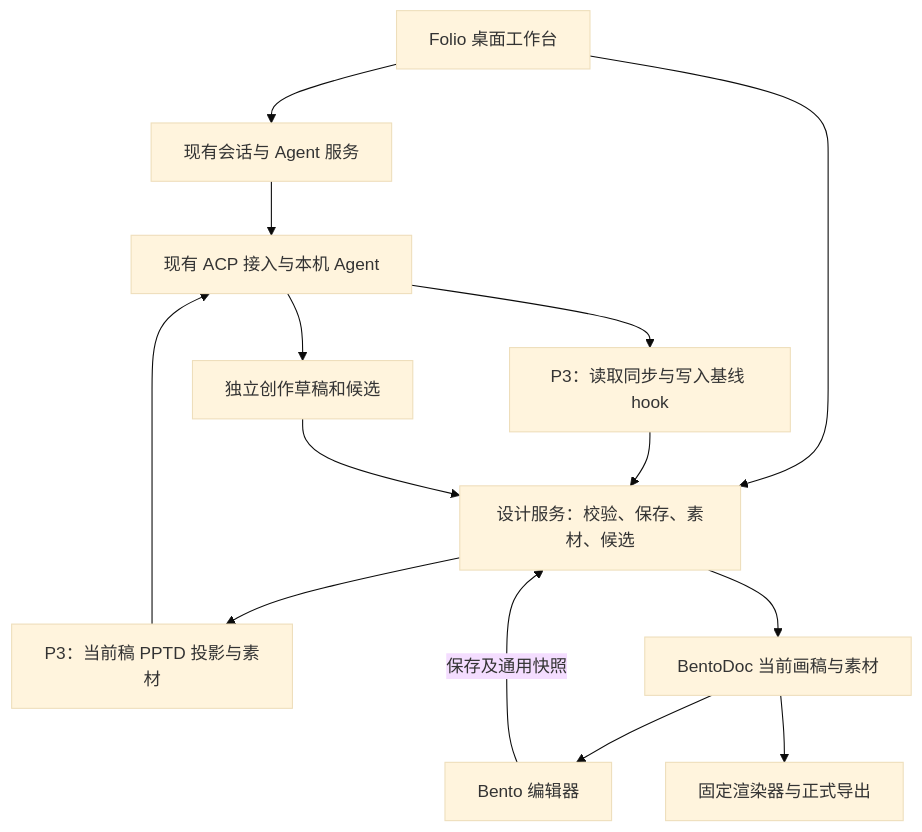
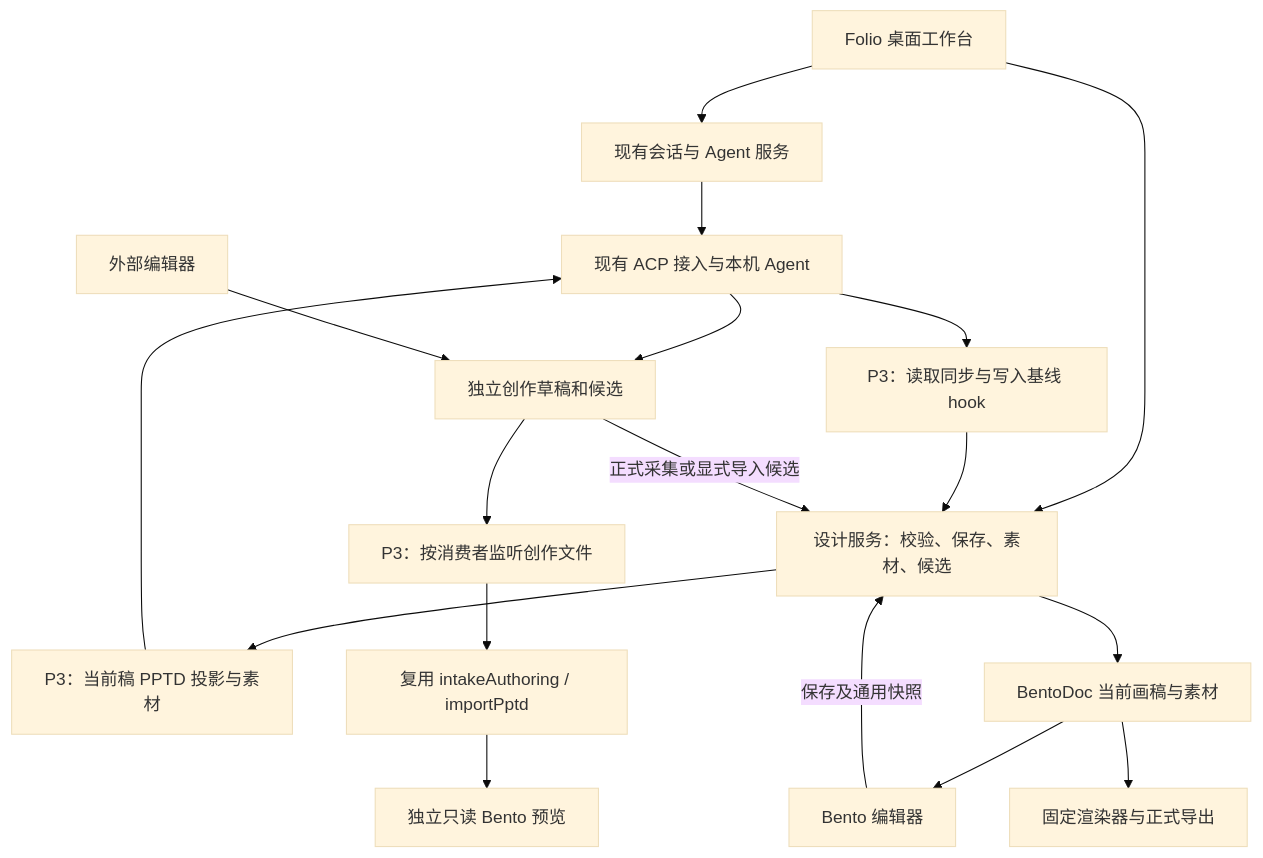
Before and after one commit to LeonEthan/Folio: the diagram in .agents/notes/proposed/architecture/2026-09-09-graphic-design-platform.zh.md, drawn with Mermaid (base theme). The commit also changed other lines of this file and 6 other files, not shown here.

First line of the commit message:
docs: plan file-driven PPTD live preview

````diff
--- a/.agents/notes/proposed/architecture/2026-09-09-graphic-design-platform.zh.md
+++ b/.agents/notes/proposed/architecture/2026-09-09-graphic-design-platform.zh.md
@@ -100,16 +109,20 @@
 ```mermaid
 flowchart TD
   UI[Folio 桌面工作台] --> CHAT[现有会话与 Agent 服务]
   UI --> DESIGN[设计服务：校验、保存、素材、候选]
   CHAT --> CLI[现有 ACP 接入与本机 Agent]
   CLI --> HOOK[P3：读取同步与写入基线 hook]
   HOOK --> DESIGN
   DESIGN --> PROJECTION[P3：当前稿 PPTD 投影与素材]
   PROJECTION --> CLI
   CLI --> CANDIDATE[独立创作草稿和候选]
-  CANDIDATE --> DESIGN
+  EXTERNAL[外部编辑器] --> CANDIDATE
+  CANDIDATE --> WATCH[P3：按消费者监听创作文件]
+  WATCH --> INTAKE[复用 intakeAuthoring / importPptd]
+  INTAKE --> PREVIEW[独立只读 Bento 预览]
+  CANDIDATE -->|正式采集或显式导入候选| DESIGN
   DESIGN --> DOC[BentoDoc 当前画稿与素材]
   DOC --> EDITOR[Bento 编辑器]
   EDITOR -->|保存及通用快照| DESIGN
   DOC --> RENDER[固定渲染器与正式导出]
 ```
````
